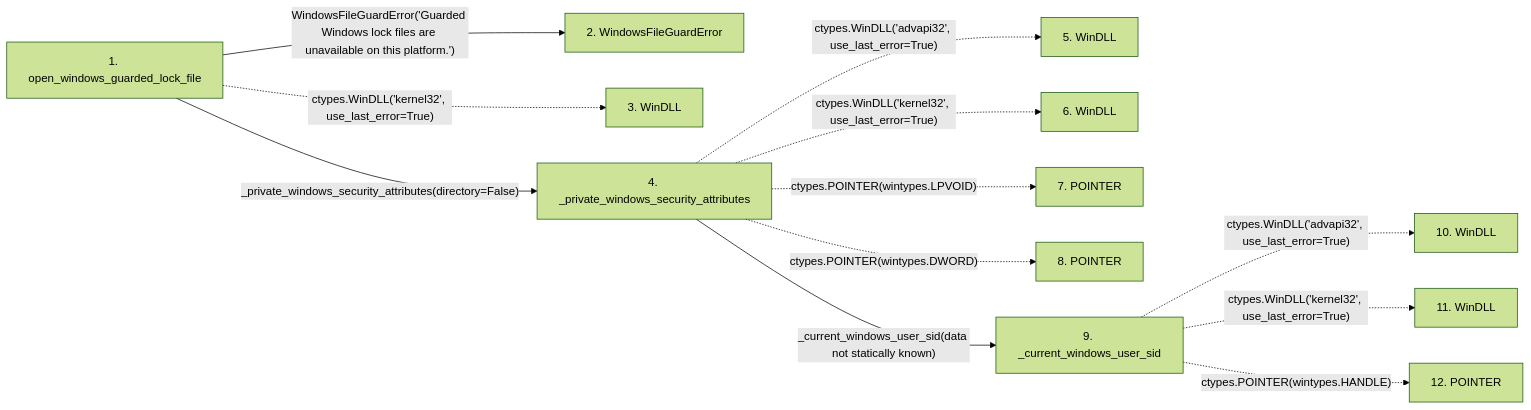
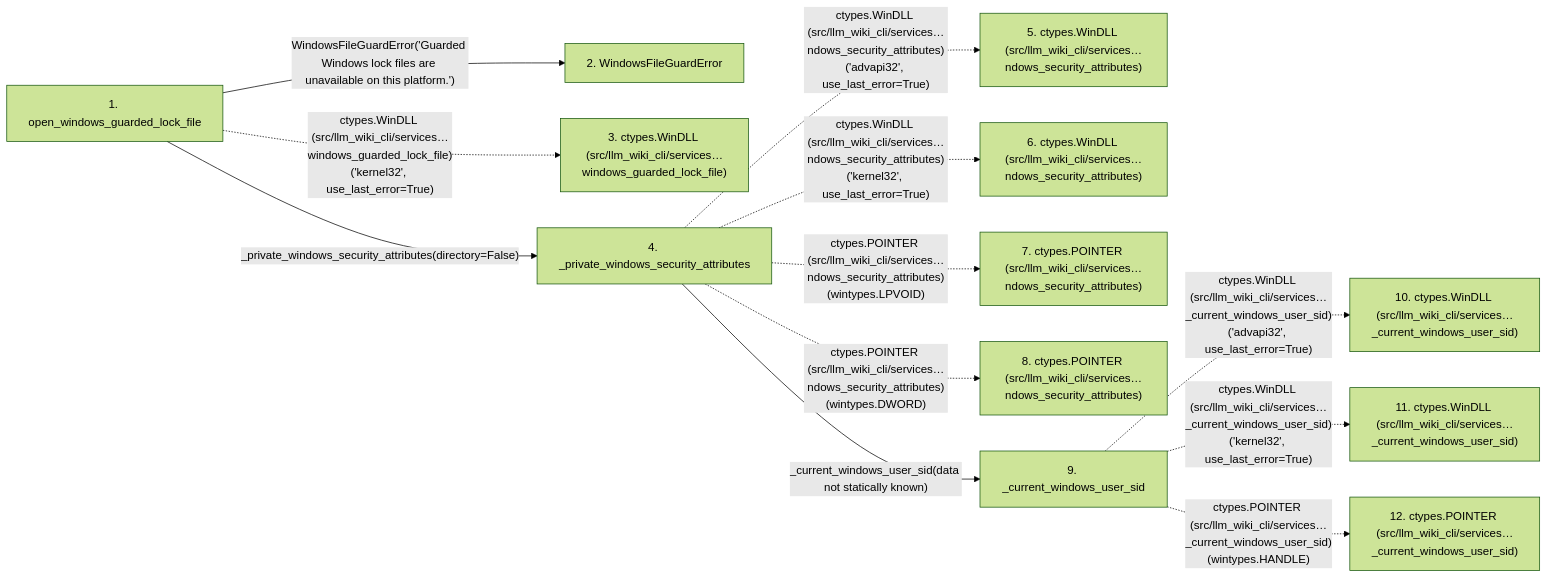
One commit to Denissvgn/python-wiki-llm changed the second of 2 diagrams in docs/llm_wiki/flows/api-open_windows_guarded_lock_file.md. Above: the diagram before and after it, drawn with Mermaid (forest theme). The commit also changed other lines of this file and 719 other files, not shown here.

````diff
--- a/docs/llm_wiki/flows/api-open_windows_guarded_lock_file.md
+++ b/docs/llm_wiki/flows/api-open_windows_guarded_lock_file.md
@@ -65,30 +68,30 @@
 ```mermaid
 flowchart LR
     s1["1. open_windows_guarded_lock_file"]
     s2["2. WindowsFileGuardError"]
-    s3["3. WinDLL"]
+    s3["3. ctypes.WinDLL (src/llm_wiki_cli/services…windows_guarded_lock_file)"]
     s4["4. _private_windows_security_attributes"]
-    s5["5. WinDLL"]
-    s6["6. WinDLL"]
-    s7["7. POINTER"]
-    s8["8. POINTER"]
+    s5["5. ctypes.WinDLL (src/llm_wiki_cli/services…ndows_security_attributes)"]
+    s6["6. ctypes.WinDLL (src/llm_wiki_cli/services…ndows_security_attributes)"]
+    s7["7. ctypes.POINTER (src/llm_wiki_cli/services…ndows_security_attributes)"]
+    s8["8. ctypes.POINTER (src/llm_wiki_cli/services…ndows_security_attributes)"]
     s9["9. _current_windows_user_sid"]
-    s10["10. WinDLL"]
-    s11["11. WinDLL"]
-    s12["12. POINTER"]
+    s10["10. ctypes.WinDLL (src/llm_wiki_cli/services…_current_windows_user_sid)"]
+    s11["11. ctypes.WinDLL (src/llm_wiki_cli/services…_current_windows_user_sid)"]
+    s12["12. ctypes.POINTER (src/llm_wiki_cli/services…_current_windows_user_sid)"]
     s1 -->|"WindowsFileGuardError('Guarded Windows lock files are unavailable on this platform.')"| s2
-    s1 -. "ctypes.WinDLL('kernel32', use_last_error=True)" .-> s3
+    s1 -. "ctypes.WinDLL (src/llm_wiki_cli/services…windows_guarded_lock_file)('kernel32', use_last_error=True)" .-> s3
     s1 -->|"_private_windows_security_attributes(directory=False)"| s4
-    s4 -. "ctypes.WinDLL('advapi32', use_last_error=True)" .-> s5
-    s4 -. "ctypes.WinDLL('kernel32', use_last_error=True)" .-> s6
-    s4 -. "ctypes.POINTER(wintypes.LPVOID)" .-> s7
-    s4 -. "ctypes.POINTER(wintypes.DWORD)" .-> s8
+    s4 -. "ctypes.WinDLL (src/llm_wiki_cli/services…ndows_security_attributes)('advapi32', use_last_error=True)" .-> s5
+    s4 -. "ctypes.WinDLL (src/llm_wiki_cli/services…ndows_security_attributes)('kernel32', use_last_error=True)" .-> s6
+    s4 -. "ctypes.POINTER (src/llm_wiki_cli/services…ndows_security_attributes)(wintypes.LPVOID)" .-> s7
+    s4 -. "ctypes.POINTER (src/llm_wiki_cli/services…ndows_security_attributes)(wintypes.DWORD)" .-> s8
     s4 -->|"_current_windows_user_sid(data not statically known)"| s9
-    s9 -. "ctypes.WinDLL('advapi32', use_last_error=True)" .-> s10
-    s9 -. "ctypes.WinDLL('kernel32', use_last_error=True)" .-> s11
-    s9 -. "ctypes.POINTER(wintypes.HANDLE)" .-> s12
+    s9 -. "ctypes.WinDLL (src/llm_wiki_cli/services…_current_windows_user_sid)('advapi32', use_last_error=True)" .-> s10
+    s9 -. "ctypes.WinDLL (src/llm_wiki_cli/services…_current_windows_user_sid)('kernel32', use_last_error=True)" .-> s11
+    s9 -. "ctypes.POINTER (src/llm_wiki_cli/services…_current_windows_user_sid)(wintypes.HANDLE)" .-> s12
     click s1 "../modules/filesystem_guard.md"
     click s2 "../modules/filesystem_guard.md"
     click s4 "../modules/filesystem_guard.md"
     click s9 "../modules/filesystem_guard.md"
 ```
````
